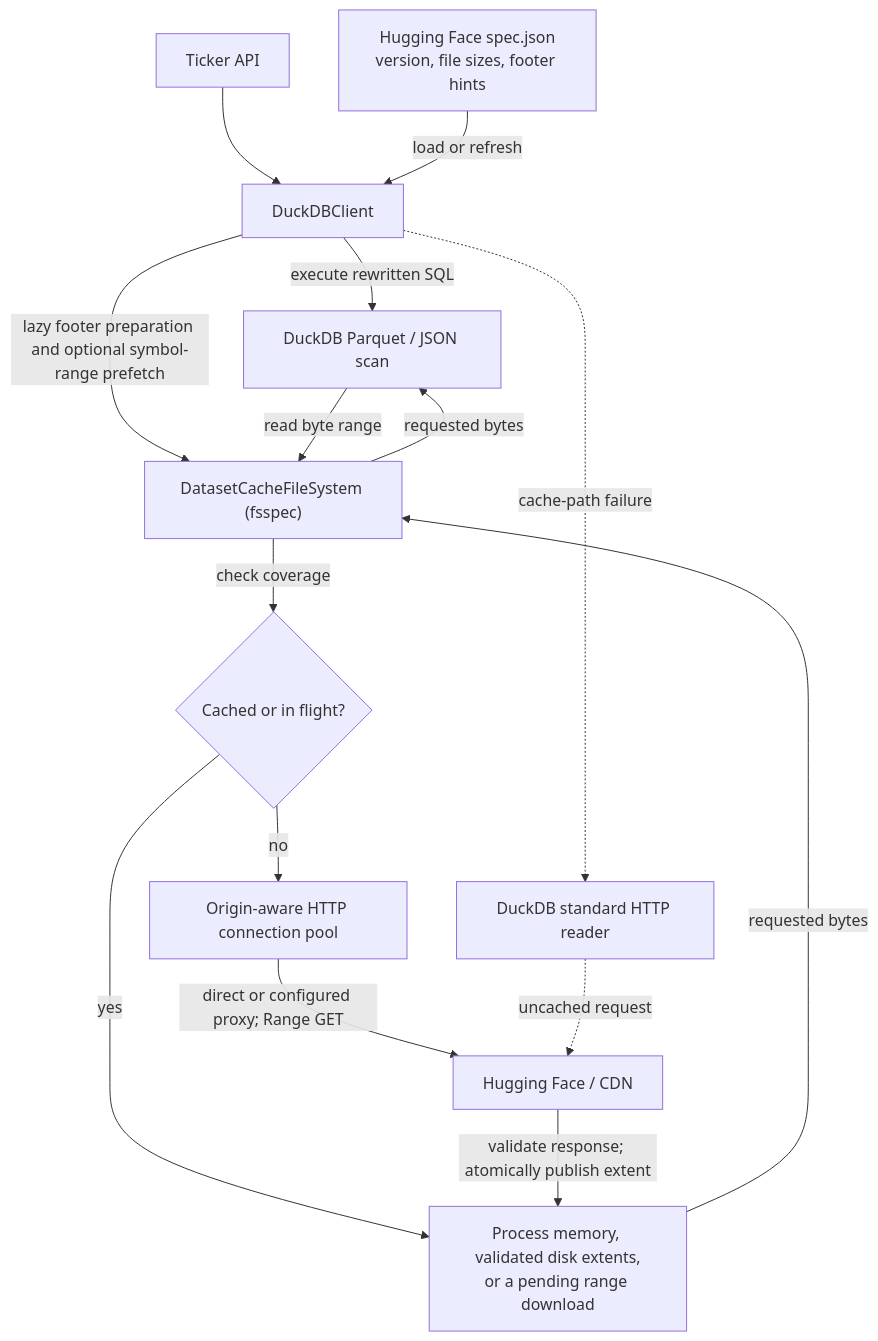
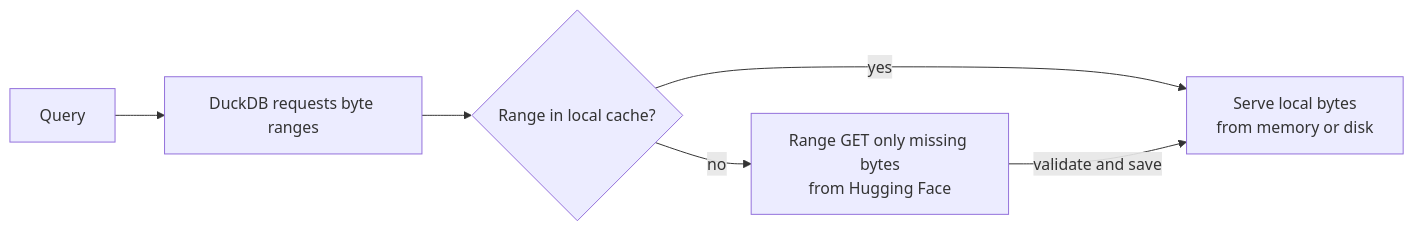
The diagram in doc/api/Local_File_Cache.md (defeat-beta/defeatbeta-api), drawn with Mermaid before and after one commit. The commit also changed other lines of this file, not shown here.

Commit message:
docs: simplify dataset cache architecture diagram (#205)

````diff
--- a/doc/api/Local_File_Cache.md
+++ b/doc/api/Local_File_Cache.md
@@ -23,17 +23,8 @@
 ```mermaid
-flowchart TD
-    API["Ticker API"] --> CLIENT["DuckDBClient"]
-    SPEC["Hugging Face spec.json<br/>version, file sizes, footer hints"] -->|"load or refresh"| CLIENT
-    CLIENT -->|"execute rewritten SQL"| DUCKDB["DuckDB Parquet / JSON scan"]
-    CLIENT -->|"lazy footer preparation and optional symbol-range prefetch"| FS["DatasetCacheFileSystem (fsspec)"]
-    DUCKDB -->|"read byte range"| FS
-    FS -->|"check coverage"| COVERED{"Cached or in flight?"}
-    COVERED -->|"yes"| LOCAL["Process memory, validated disk extents,<br/>or a pending range download"]
-    COVERED -->|"no"| POOL["Origin-aware HTTP connection pool"]
-    POOL -->|"direct or configured proxy; Range GET"| DATA["Hugging Face / CDN"]
-    DATA -->|"validate response; atomically publish extent"| LOCAL
-    LOCAL -->|"requested bytes"| FS
-    FS -->|"requested bytes"| DUCKDB
-    CLIENT -. "cache-path failure" .-> FALLBACK["DuckDB standard HTTP reader"]
-    FALLBACK -. "uncached request" .-> DATA
+flowchart LR
+    QUERY["Query"] --> DUCKDB["DuckDB requests byte ranges"]
+    DUCKDB --> CACHE{"Range in local cache?"}
+    CACHE -->|"yes"| LOCAL["Serve local bytes<br/>from memory or disk"]
+    CACHE -->|"no"| REMOTE["Range GET only missing bytes<br/>from Hugging Face"]
+    REMOTE -->|"validate and save"| LOCAL
 ```
````
